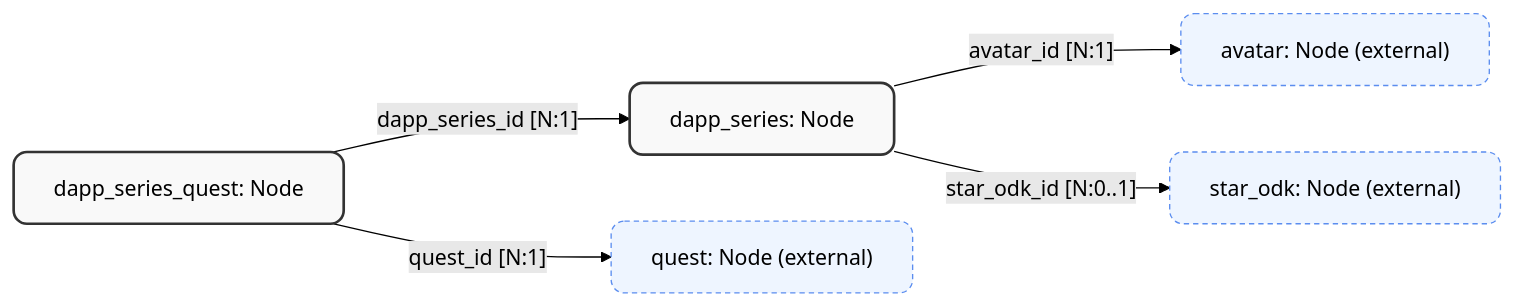
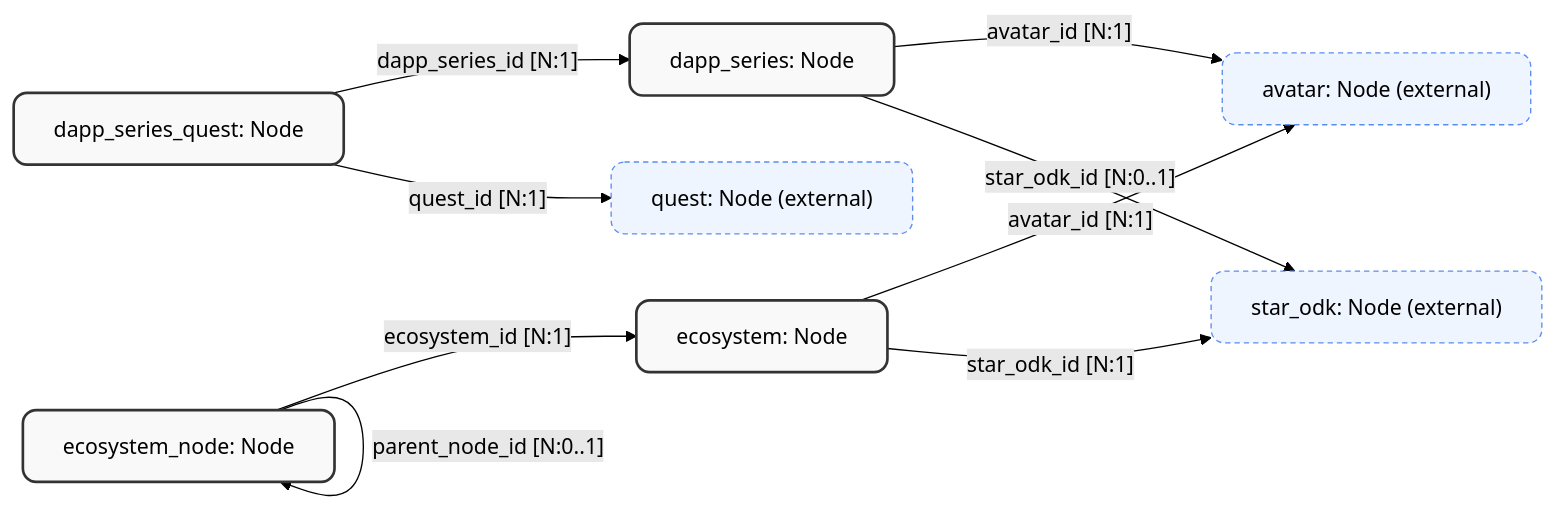
The diagram in Persistence/SurrealDb/Generated/Flowcharts/dapp_composition.flowchart.mermaid (JadeZaher/azoa-autonomous-zones-of-action), drawn with Mermaid (forest theme) before and after one commit. The commit also changed 232 other files, not shown here.

```diff
--- a/Persistence/SurrealDb/Generated/Flowcharts/dapp_composition.flowchart.mermaid
+++ b/Persistence/SurrealDb/Generated/Flowcharts/dapp_composition.flowchart.mermaid
@@ -1,22 +1,28 @@
 graph LR
     %% Slice: dapp_composition
     %% GENERATED FILE -- do not edit. Source: SurrealDB schema attribute scan.
     %% Regenerate with: dotnet run --project packages/SurrealForge.Schema -- flowcharts
 
     %% Nodes in this slice
     dapp_series["dapp_series: Node"]:::nodeClass
     dapp_series_quest["dapp_series_quest: Node"]:::nodeClass
+    ecosystem["ecosystem: Node"]:::nodeClass
+    ecosystem_node["ecosystem_node: Node"]:::nodeClass
 
     %% Cross-slice targets (rendered as ghost nodes)
     avatar["avatar: Node (external)"]:::externalNode
     quest["quest: Node (external)"]:::externalNode
     star_odk["star_odk: Node (external)"]:::externalNode
 
     %% Edges (outbound from this slice)
     dapp_series -- "avatar_id [N:1]" --> avatar
     dapp_series -- "star_odk_id [N:0..1]" --> star_odk
     dapp_series_quest -- "dapp_series_id [N:1]" --> dapp_series
     dapp_series_quest -- "quest_id [N:1]" --> quest
+    ecosystem -- "avatar_id [N:1]" --> avatar
+    ecosystem -- "star_odk_id [N:1]" --> star_odk
+    ecosystem_node -- "ecosystem_id [N:1]" --> ecosystem
+    ecosystem_node -- "parent_node_id [N:0..1]" --> ecosystem_node
 
     classDef nodeClass fill:#f9f9f9,stroke:#333,stroke-width:2px,rx:10px,ry:10px;
     classDef externalNode fill:#eef5ff,stroke:#5b8def,stroke-width:1px,stroke-dasharray:4 3,rx:10px,ry:10px;
```
